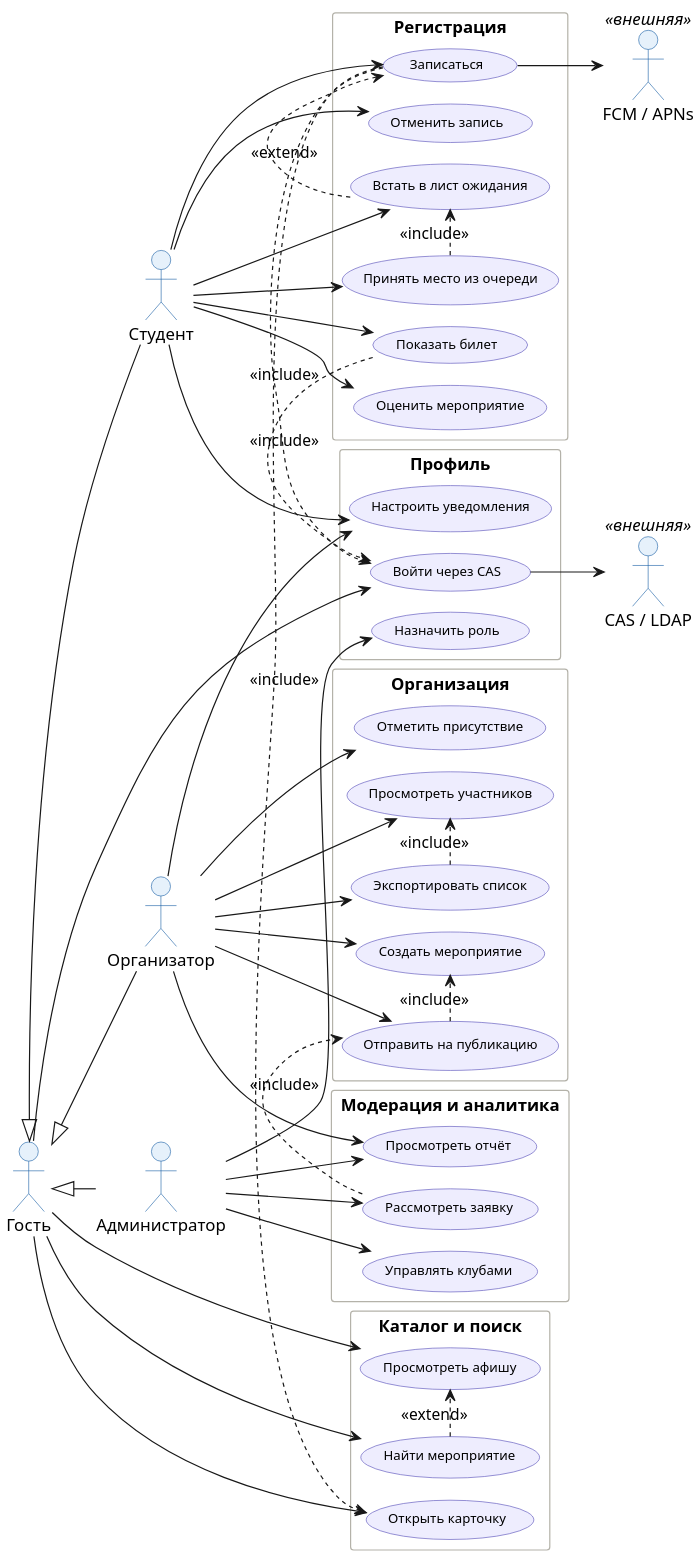
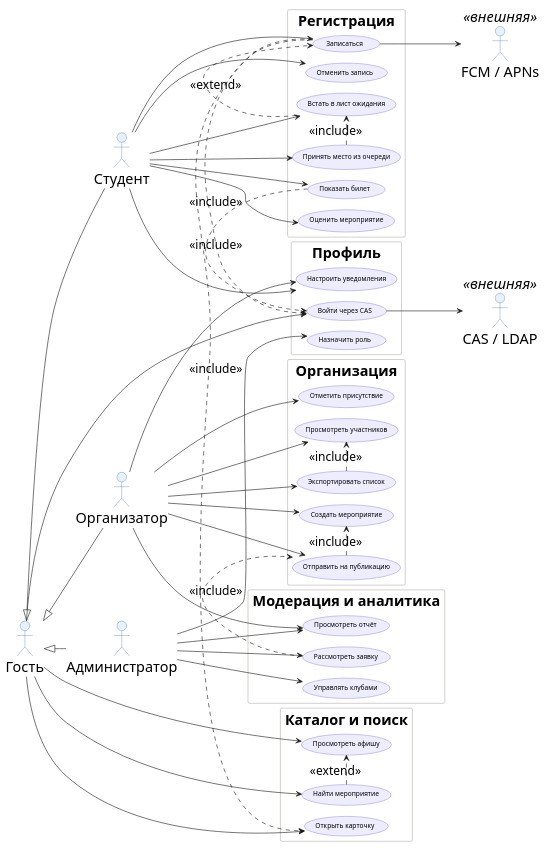
The diagram in tools/use-cases.puml (1997yyyy/Human-Machine-Interface-Design-LAB4), drawn with PlantUML before and after one commit. The commit also changed 8 other files, not shown here.

Commit message:
Отчет по лабораторной работе: docx и pdf, скрипты сборки; четкая диаграмма Use case

```diff
--- a/tools/use-cases.puml
+++ b/tools/use-cases.puml
@@ -1,110 +1,112 @@
 @startuml t4-01-usecase-full
 ' Задание 4. Полная диаграмма вариантов использования.
 ' Отличия от t2-01: добавлены настройки уведомлений, назначение роли,
 ' регистрация на месте. Группировка сокращена до пяти блоков,
 ' чтобы диаграмма читалась на одном экране.
 !pragma layout smetana
 left to right direction
-scale 2
 skinparam shadowing false
+skinparam defaultFontSize 24
+skinparam ArrowFontSize 20
+skinparam packageTitleFontSize 26
 skinparam packageStyle rectangle
 skinparam usecase {
   BackgroundColor #EEEDFE
   BorderColor #534AB7
   FontSize 11
 }
 skinparam actor {
   BackgroundColor #E6F1FB
   BorderColor #185FA5
 }
 skinparam rectangle {
   BackgroundColor #FFFFFF
   BorderColor #B4B2A9
 }
 
 actor "Гость" as Guest
 actor "Студент" as Student
 actor "Организатор" as Organizer
 actor "Администратор" as Admin
 actor "CAS / LDAP" as CAS <<внешняя>>
 actor "FCM / APNs" as Push <<внешняя>>
 
 Guest <|-- Student
 Guest <|-- Organizer
 Guest <|-- Admin
 
 rectangle "Каталог и поиск" {
   usecase "Просмотреть афишу" as UC01
   usecase "Найти мероприятие" as UC02
   usecase "Открыть карточку" as UC04
 }
 
 rectangle "Регистрация" {
   usecase "Записаться" as UC05
   usecase "Отменить запись" as UC06
   usecase "Встать в лист ожидания" as UC07
   usecase "Принять место из очереди" as UC08
   usecase "Показать билет" as UC09
   usecase "Оценить мероприятие" as UC10
 }
 
 rectangle "Организация" {
   usecase "Создать мероприятие" as UC11
   usecase "Отправить на публикацию" as UC12
   usecase "Отметить присутствие" as UC13
   usecase "Просмотреть участников" as UC14
   usecase "Экспортировать список" as UC15
 }
 
 rectangle "Модерация и аналитика" {
   usecase "Рассмотреть заявку" as UC17
   usecase "Управлять клубами" as UC19
   usecase "Просмотреть отчёт" as UC20
 }
 
 rectangle "Профиль" {
   usecase "Войти через CAS" as UC21
   usecase "Настроить уведомления" as UC22
   usecase "Назначить роль" as UC23
 }
 
 Guest --> UC01
 Guest --> UC02
 Guest --> UC04
 Guest --> UC21
 
 Student --> UC05
 Student --> UC06
 Student --> UC07
 Student --> UC08
 Student --> UC09
 Student --> UC10
 Student --> UC22
 
 Organizer --> UC11
 Organizer --> UC12
 Organizer --> UC13
 Organizer --> UC14
 Organizer --> UC15
 Organizer --> UC20
 Organizer --> UC22
 
 Admin --> UC17
 Admin --> UC19
 Admin --> UC20
 Admin --> UC23
 
 UC02 .> UC01 : <<extend>>
 UC05 .> UC04 : <<include>>
 UC05 .> UC21 : <<include>>
 UC07 .> UC05 : <<extend>>
 UC08 .> UC07 : <<include>>
 UC09 .> UC21 : <<include>>
 UC12 .> UC11 : <<include>>
 UC15 .> UC14 : <<include>>
 UC17 .> UC12 : <<include>>
 
 UC21 --> CAS
 UC05 --> Push
 
 @enduml
```
